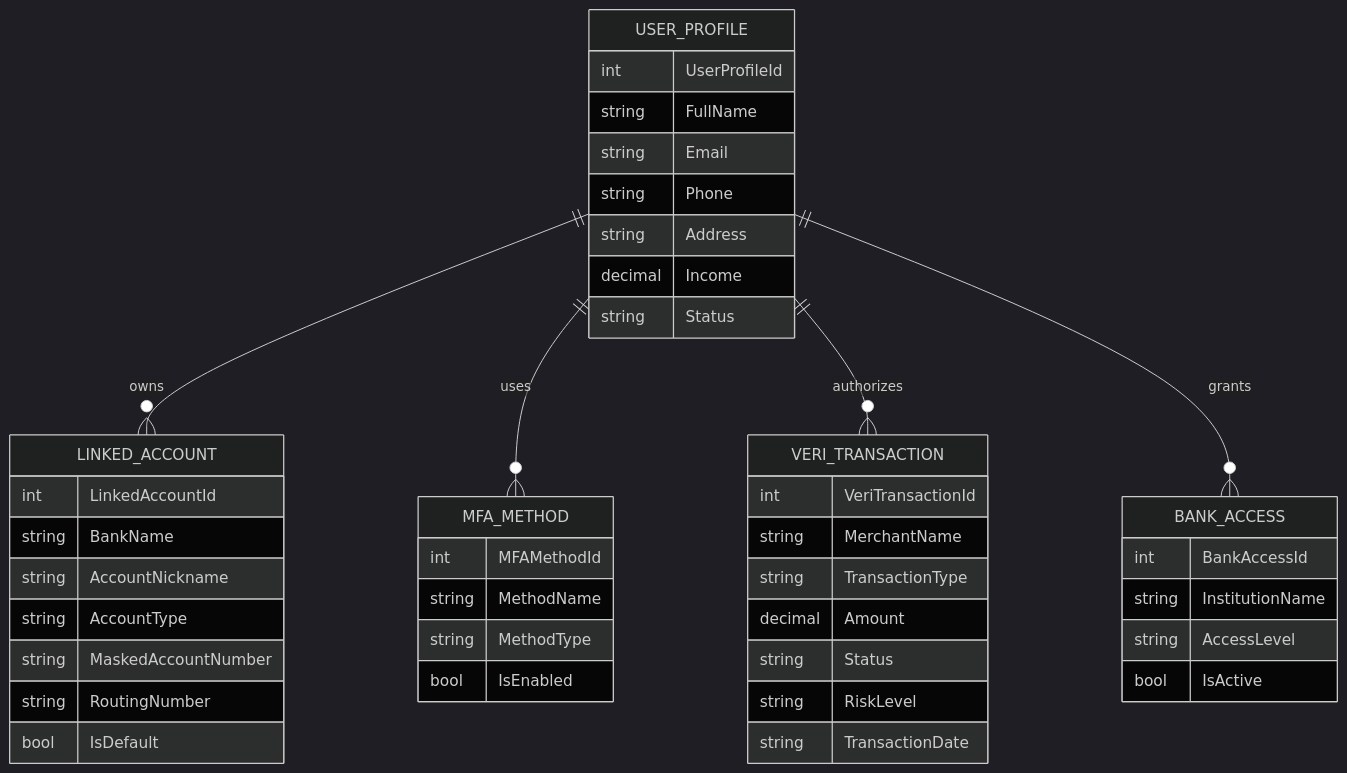
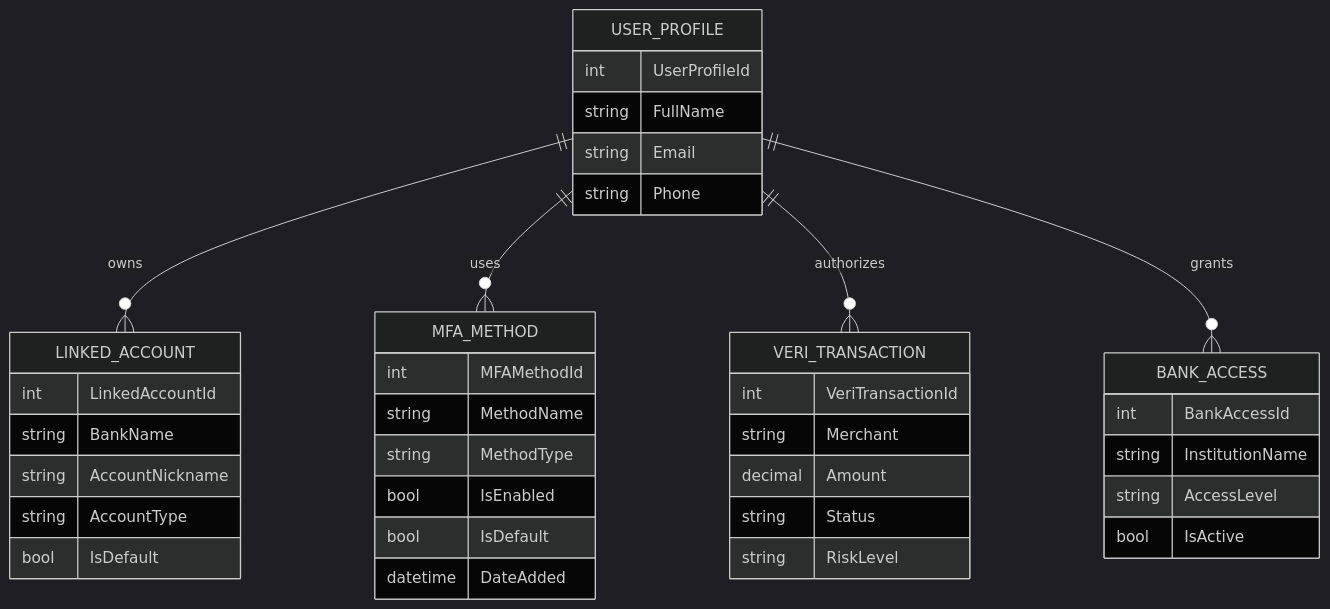
Before and after one commit to vromanov-usf/VeriEye: the diagram in README.md, drawn with Mermaid (dark theme).

Commit message:
Refactor data models in README.md
Removed unused fields from data models and added new fields to MFA_METHOD and VERI_TRANSACTION.

````diff
--- a/README.md
+++ b/README.md
@@ -39,52 +39,47 @@
 ```mermaid
 erDiagram
 
 USER_PROFILE ||--o{ LINKED_ACCOUNT : owns
 USER_PROFILE ||--o{ MFA_METHOD : uses
 USER_PROFILE ||--o{ VERI_TRANSACTION : authorizes
 USER_PROFILE ||--o{ BANK_ACCESS : grants
 
 USER_PROFILE {
     int UserProfileId
     string FullName
     string Email
     string Phone
-    string Address
-    decimal Income
-    string Status
 }
 
 LINKED_ACCOUNT {
     int LinkedAccountId
     string BankName
     string AccountNickname
     string AccountType
-    string MaskedAccountNumber
-    string RoutingNumber
     bool IsDefault
 }
 
 MFA_METHOD {
     int MFAMethodId
     string MethodName
     string MethodType
     bool IsEnabled
+    bool IsDefault
+    datetime DateAdded
 }
 
 VERI_TRANSACTION {
     int VeriTransactionId
-    string MerchantName
-    string TransactionType
+    string Merchant
     decimal Amount
     string Status
     string RiskLevel
-    string TransactionDate
 }
 
 BANK_ACCESS {
     int BankAccessId
     string InstitutionName
     string AccessLevel
     bool IsActive
 }
 ```
````
